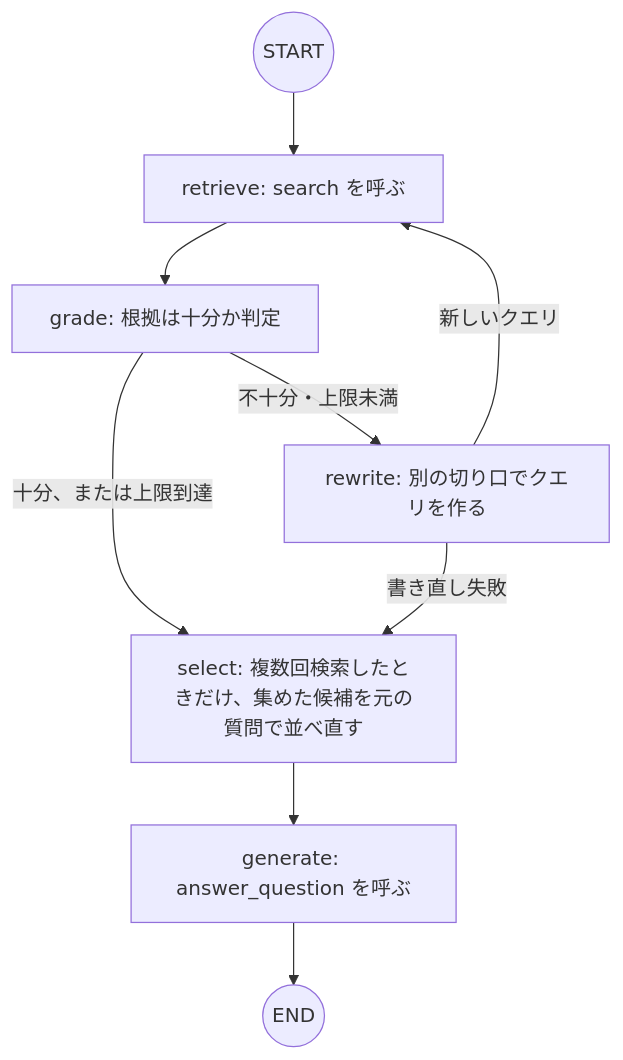
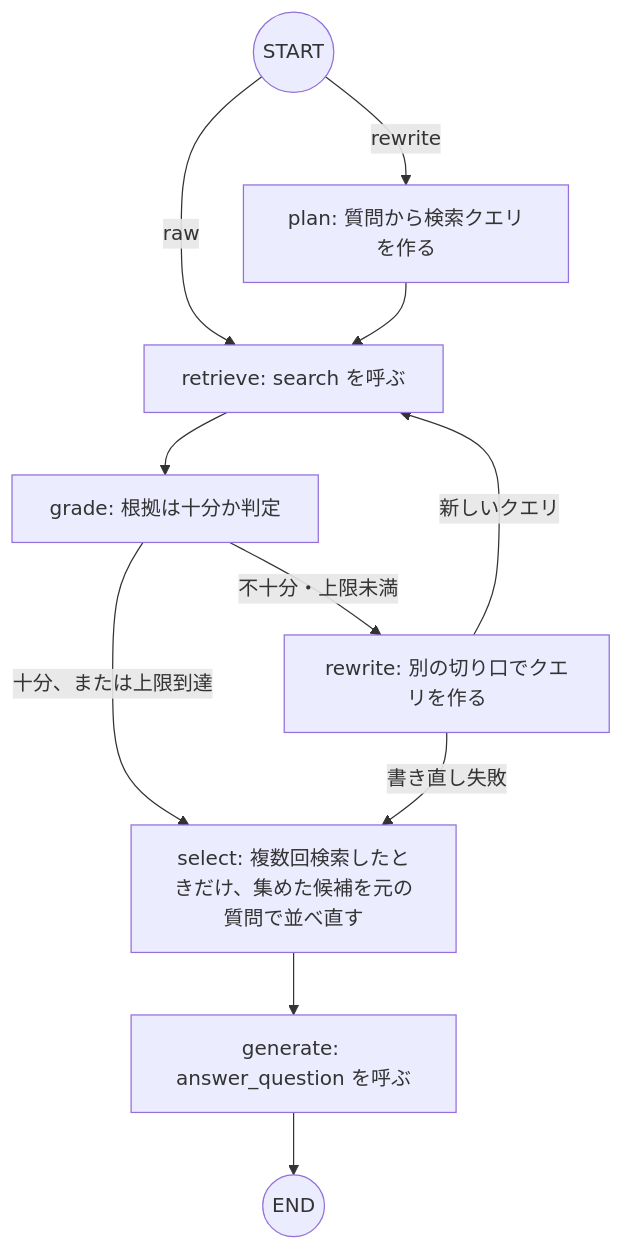
Before and after one commit to satoshi-abe-dev/silo-rag: the second of 2 diagrams in README_ja.md, drawn with Mermaid. The commit also changed other lines of this file and 1 other file, not shown here.

First line of the commit message:
Document node H and the rewrite-first findings in the READMEs

````diff
--- a/README_ja.md
+++ b/README_ja.md
@@ -232,11 +240,13 @@
 ```mermaid
 graph TD
-    S((START)) --> R[retrieve: search を呼ぶ]
+    S((START)) -->|raw| R[retrieve: search を呼ぶ]
+    S -->|rewrite| P[plan: 質問から検索クエリを作る]
+    P --> R
     R --> J[grade: 根拠は十分か判定]
     J -->|十分、または上限到達| SEL[select: 複数回検索したときだけ、集めた候補を元の質問で並べ直す]
     J -->|不十分・上限未満| W[rewrite: 別の切り口でクエリを作る]
     W -->|新しいクエリ| R
     W -->|書き直し失敗| SEL
     SEL --> G[generate: answer_question を呼ぶ]
     G --> X((END))
 ```
````
